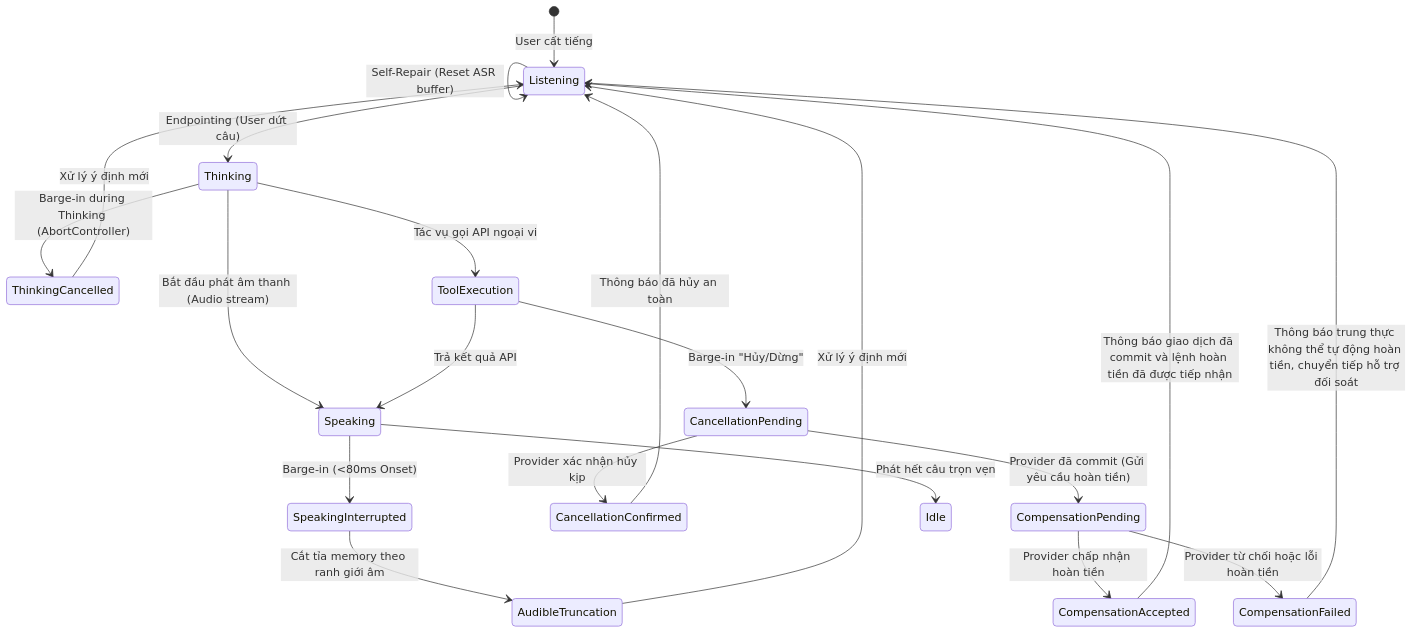
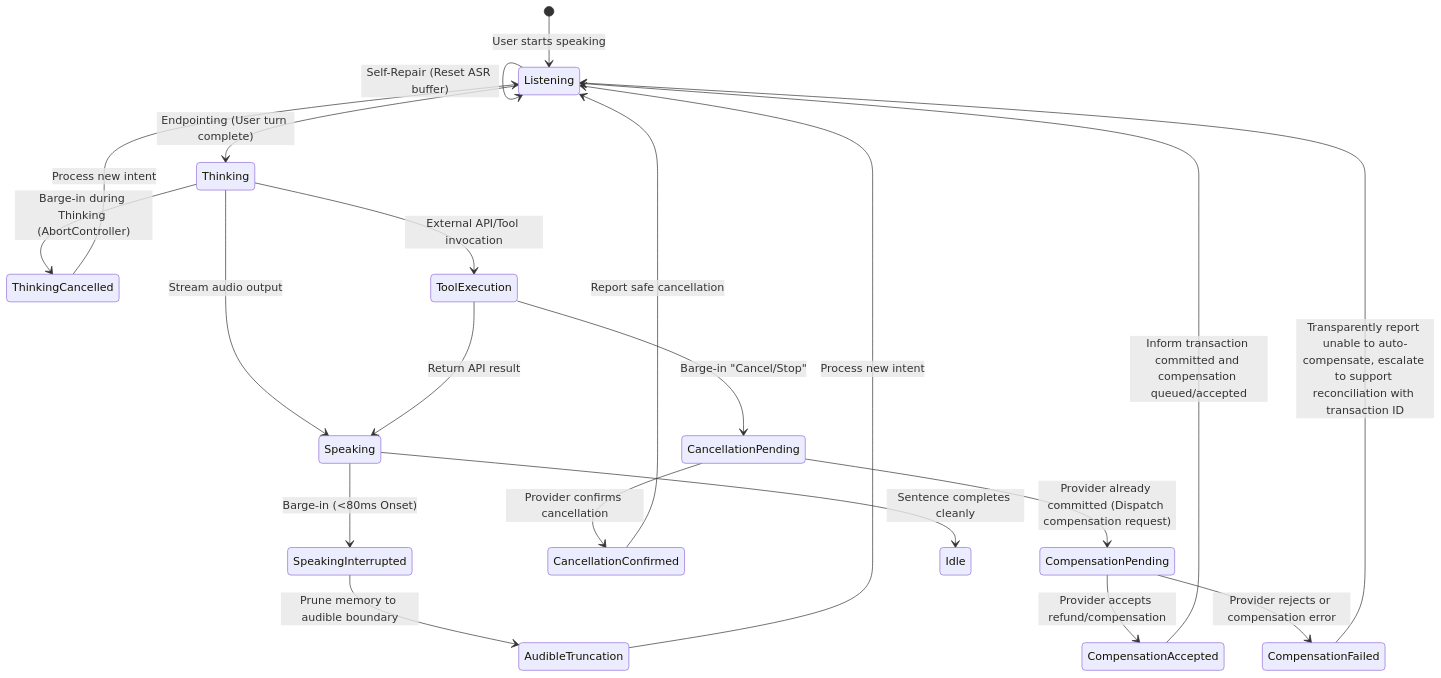
The first of 2 diagrams in 02-interaction-patterns/turn-taking-and-barge-in.md (jangtrinh/design-os-voice-ux), drawn with Mermaid before and after one commit. The commit also changed other lines of this file and 41 other files, not shown here.

````diff
--- a/02-interaction-patterns/turn-taking-and-barge-in.md
+++ b/02-interaction-patterns/turn-taking-and-barge-in.md
@@ -32,27 +29,27 @@
 ```mermaid
 stateDiagram-v2
-    [*] --> Listening: User cất tiếng
+    [*] --> Listening: User starts speaking
     Listening --> Listening: Self-Repair (Reset ASR buffer)
-    Listening --> Thinking: Endpointing (User dứt câu)
+    Listening --> Thinking: Endpointing (User turn complete)
 
     Thinking --> ThinkingCancelled: Barge-in during Thinking (AbortController)
-    ThinkingCancelled --> Listening: Xử lý ý định mới
+    ThinkingCancelled --> Listening: Process new intent
 
-    Thinking --> Speaking: Bắt đầu phát âm thanh (Audio stream)
+    Thinking --> Speaking: Stream audio output
     Speaking --> SpeakingInterrupted: Barge-in (<80ms Onset)
-    SpeakingInterrupted --> AudibleTruncation: Cắt tỉa memory theo ranh giới âm
-    AudibleTruncation --> Listening: Xử lý ý định mới
+    SpeakingInterrupted --> AudibleTruncation: Prune memory to audible boundary
+    AudibleTruncation --> Listening: Process new intent
 
-    Thinking --> ToolExecution: Tác vụ gọi API ngoại vi
-    ToolExecution --> CancellationPending: Barge-in "Hủy/Dừng"
-    CancellationPending --> CancellationConfirmed: Provider xác nhận hủy kịp
-    CancellationPending --> CompensationPending: Provider đã commit (Gửi yêu cầu hoàn tiền)
-    CancellationConfirmed --> Listening: Thông báo đã hủy an toàn
-    CompensationPending --> CompensationAccepted: Provider chấp nhận hoàn tiền
-    CompensationPending --> CompensationFailed: Provider từ chối hoặc lỗi hoàn tiền
-    CompensationAccepted --> Listening: Thông báo giao dịch đã commit và lệnh hoàn tiền đã được tiếp nhận
-    CompensationFailed --> Listening: Thông báo trung thực không thể tự động hoàn tiền, chuyển tiếp hỗ trợ đối soát
+    Thinking --> ToolExecution: External API/Tool invocation
+    ToolExecution --> CancellationPending: Barge-in "Cancel/Stop"
+    CancellationPending --> CancellationConfirmed: Provider confirms cancellation
+    CancellationPending --> CompensationPending: Provider already committed (Dispatch compensation request)
+    CancellationConfirmed --> Listening: Report safe cancellation
+    CompensationPending --> CompensationAccepted: Provider accepts refund/compensation
+    CompensationPending --> CompensationFailed: Provider rejects or compensation error
+    CompensationAccepted --> Listening: Inform transaction committed and compensation queued/accepted
+    CompensationFailed --> Listening: Transparently report unable to auto-compensate, escalate to support reconciliation with transaction ID
 
-    Speaking --> Idle: Phát hết câu trọn vẹn
-    ToolExecution --> Speaking: Trả kết quả API
+    Speaking --> Idle: Sentence completes cleanly
+    ToolExecution --> Speaking: Return API result
 ```
````
